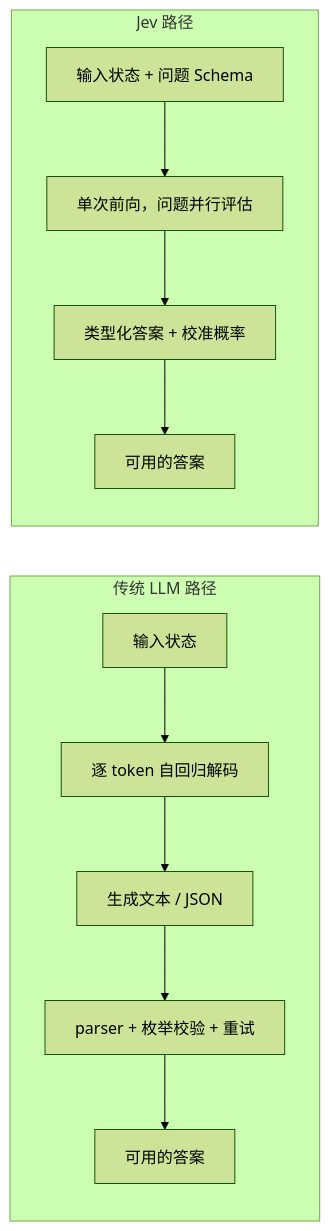
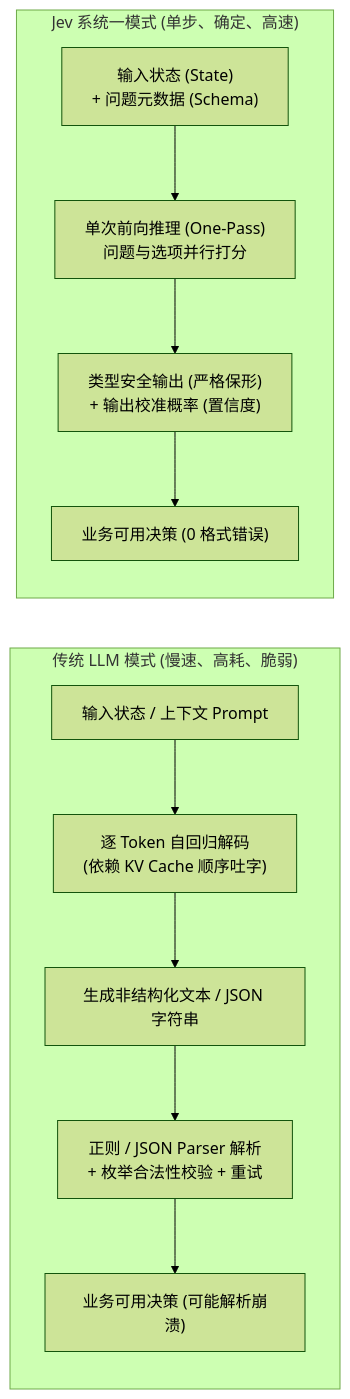
One commit to hobbytp/hobbytp.github.io changed the first of 3 diagrams in content/zh/large_models/jev_typesafe_system_one.md. Above: the diagram before and after it, drawn with Mermaid (forest theme). The commit also changed other lines of this file and 1 other file, not shown here.

````diff
--- a/content/zh/large_models/jev_typesafe_system_one.md
+++ b/content/zh/large_models/jev_typesafe_system_one.md
@@ -86,14 +113,15 @@
 ```mermaid
 flowchart LR
-    subgraph L["传统 LLM 路径"]
-        A1["输入状态"] --> B1["逐 token 自回归解码"]
-        B1 --> C1["生成文本 / JSON"]
-        C1 --> D1["parser + 枚举校验 + 重试"]
-        D1 --> E1["可用的答案"]
+    subgraph 传统LLM路径["传统 LLM 模式 (慢速、高耗、脆弱)"]
+        A1["输入状态 / 上下文 Prompt"] --> B1["逐 Token 自回归解码<br/>(依赖 KV Cache 顺序吐字)"]
+        B1 --> C1["生成非结构化文本 / JSON 字符串"]
+        C1 --> D1["正则 / JSON Parser 解析<br/>+ 枚举合法性校验 + 重试"]
+        D1 --> E1["业务可用决策 (可能解析崩溃)"]
     end
-    subgraph J["Jev 路径"]
-        A2["输入状态 + 问题 Schema"] --> B2["单次前向，问题并行评估"]
-        B2 --> C2["类型化答案 + 校准概率"]
-        C2 --> E2["可用的答案"]
+
+    subgraph Jev路径["Jev 系统一模式 (单步、确定、高速)"]
+        A2["输入状态 (State)<br/>+ 问题元数据 (Schema)"] --> B2["单次前向推理 (One-Pass)<br/>问题与选项并行打分"]
+        B2 --> C2["类型安全输出 (严格保形)<br/>+ 输出校准概率 (置信度)"]
+        C2 --> E2["业务可用决策 (0 格式错误)"]
     end
 ```
````
